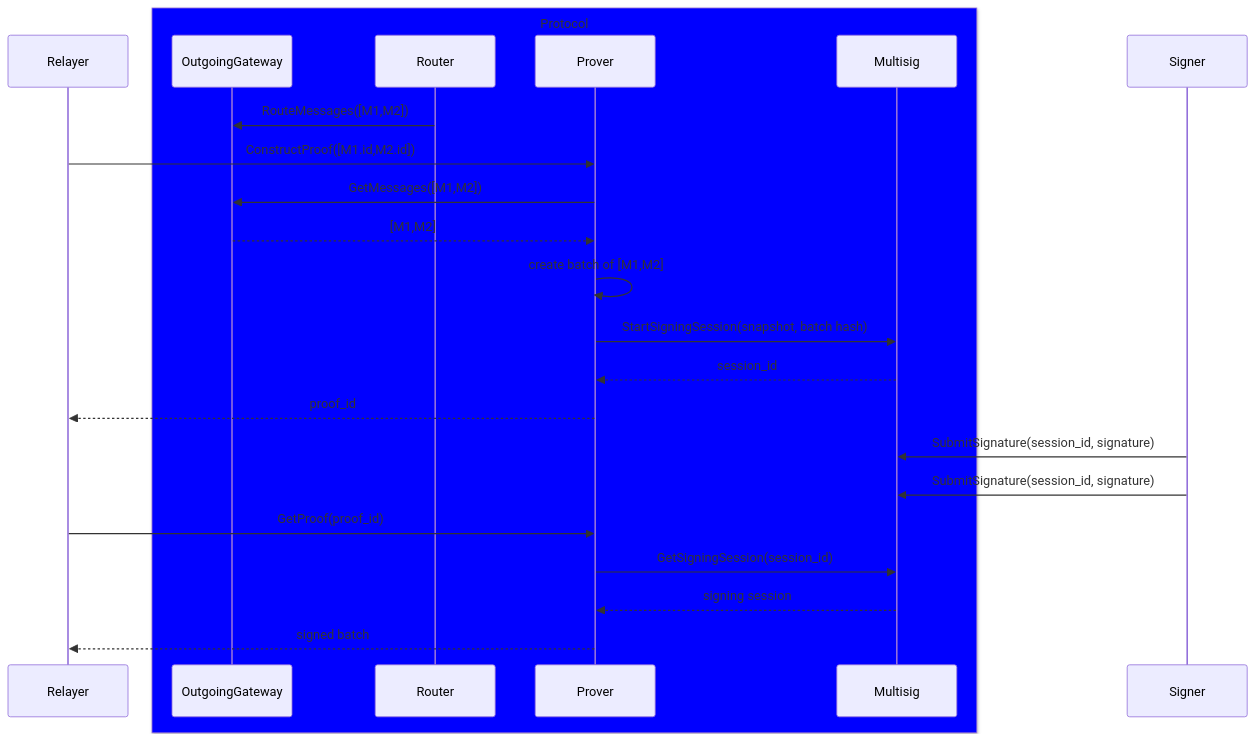
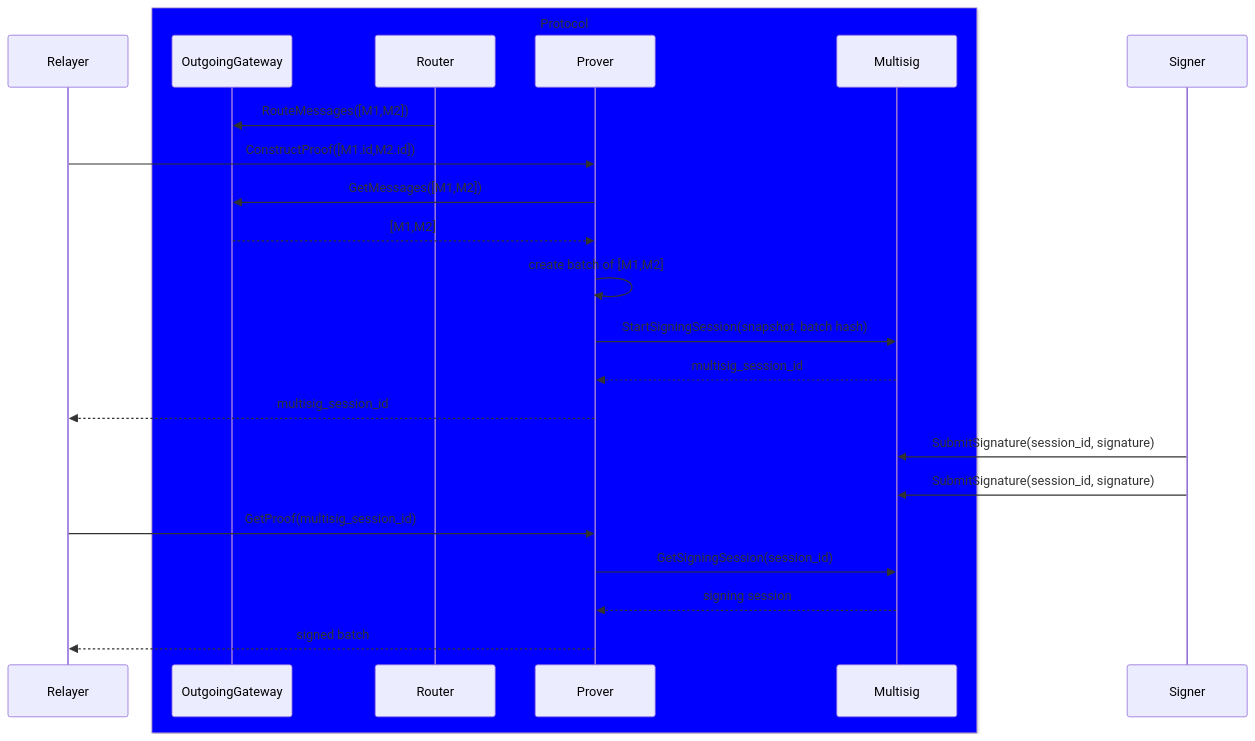
The fourth of 4 diagrams in README.md (axelarnetwork/axelar-amplifier), drawn with Mermaid before and after one commit. The commit also changed other lines of this file and 2 other files, not shown here.

Commit message:
fix event and readme files

````diff
--- a/README.md
+++ b/README.md
@@ -100,28 +100,28 @@
 ```mermaid
 sequenceDiagram
     participant Relayer
     box Blue Protocol
     participant OutgoingGateway
     participant Router
     participant Prover
     participant Multisig
     end
     participant Signer
 
 
     Router->>OutgoingGateway: RouteMessages([M1,M2])
     Relayer->>Prover: ConstructProof([M1.id,M2.id])
     Prover->>OutgoingGateway: GetMessages([M1,M2])
     OutgoingGateway-->>Prover: [M1,M2]
     Prover->>Prover: create batch of [M1,M2]
     Prover->>Multisig: StartSigningSession(snapshot, batch hash)
-    Multisig-->>Prover: session_id
-    Prover-->>Relayer: proof_id
+    Multisig-->>Prover: multisig_session_id
+    Prover-->>Relayer: multisig_session_id
     Signer->>Multisig: SubmitSignature(session_id, signature)
     Signer->>Multisig: SubmitSignature(session_id, signature)
-    Relayer->>Prover: GetProof(proof_id)
+    Relayer->>Prover: GetProof(multisig_session_id)
     Prover->>Multisig: GetSigningSession(session_id)
     Multisig-->>Prover: signing session
     Prover-->>Relayer: signed batch
 
 ```
````
